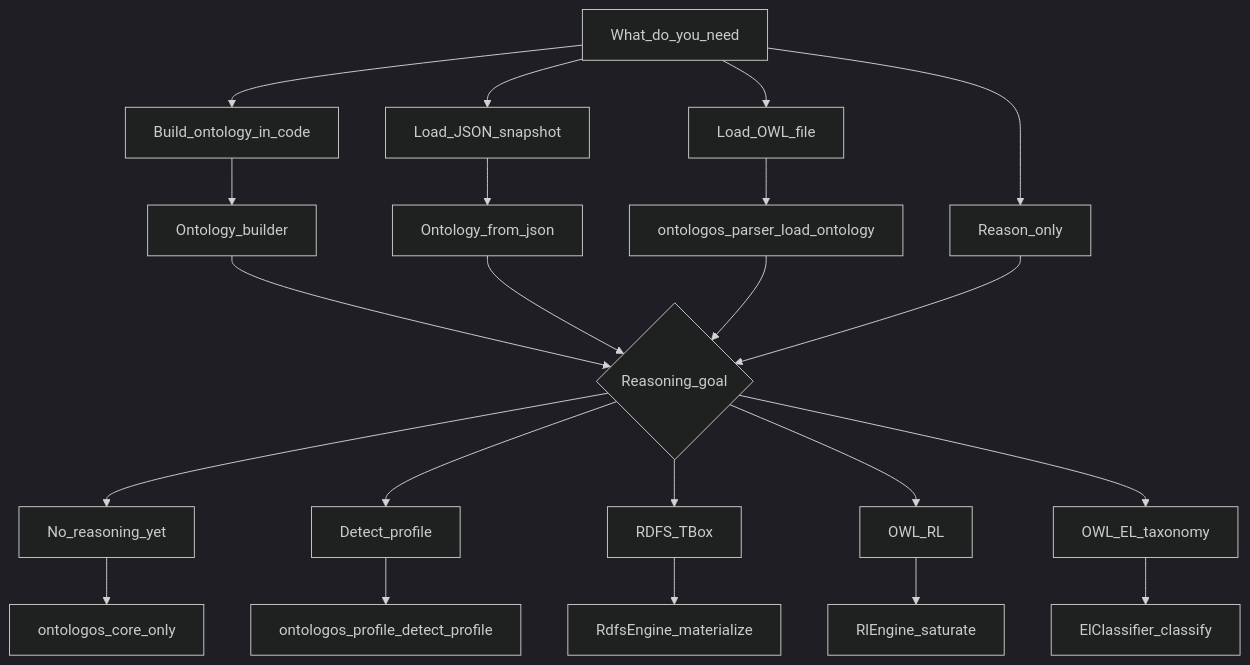
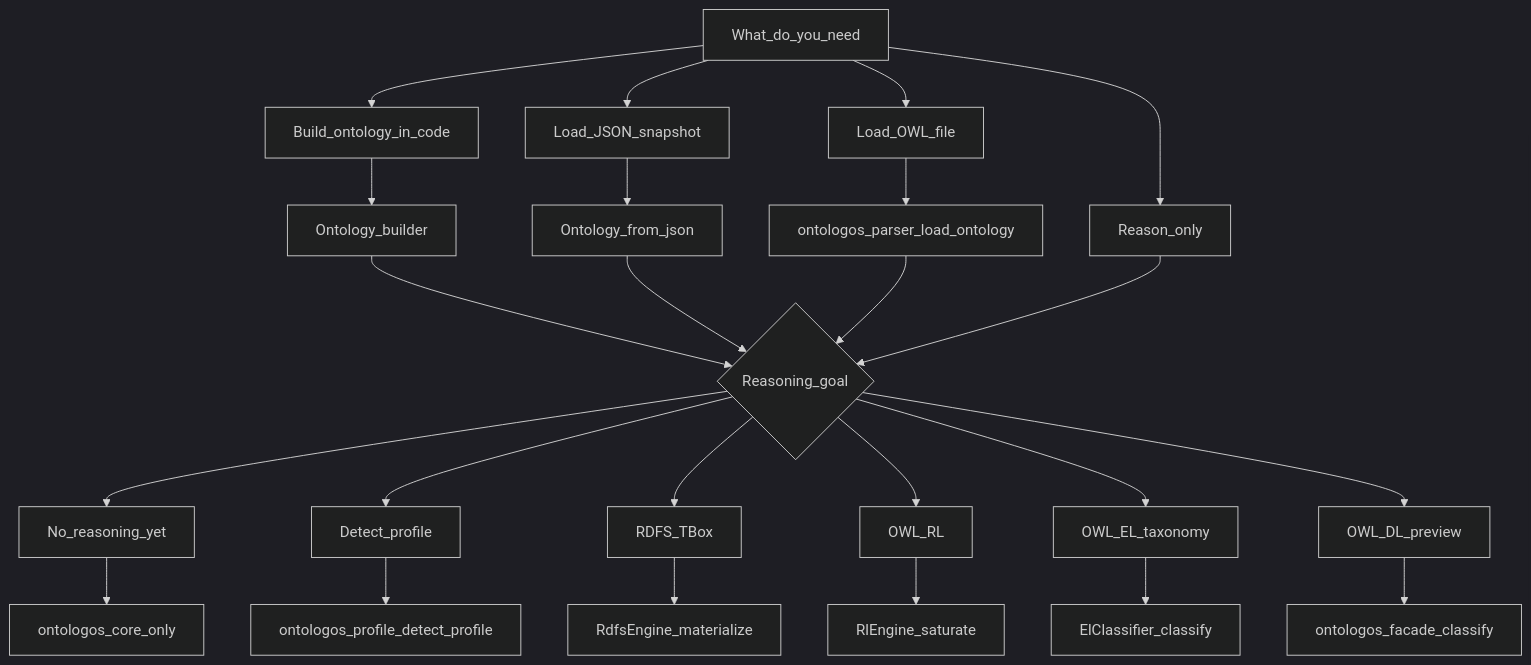
Before and after one commit to eddiethedean/ontologos: the diagram in docs/guides/choosing-an-api.md, drawn with Mermaid (dark theme). The commit also changed other lines of this file and 25 other files, not shown here.

First line of the commit message:
Sync docs with facade/DL preview routing and adoption readiness fixes.

````diff
--- a/docs/guides/choosing-an-api.md
+++ b/docs/guides/choosing-an-api.md
@@ -7,29 +7,31 @@
 ```mermaid
 flowchart TD
   start[What_do_you_need]
   start --> buildCode[Build_ontology_in_code]
   start --> loadFile[Load_OWL_file]
   start --> jsonSnap[Load_JSON_snapshot]
   start --> reasonOnly[Reason_only]
 
   buildCode --> builder[Ontology_builder]
   jsonSnap --> fromJson[Ontology_from_json]
   loadFile --> loadOnt[ontologos_parser_load_ontology]
 
   builder --> goal{Reasoning_goal}
   fromJson --> goal
   loadOnt --> goal
   reasonOnly --> goal
 
   goal --> none[No_reasoning_yet]
   goal --> profile[Detect_profile]
   goal --> rdfsGoal[RDFS_TBox]
   goal --> rlGoal[OWL_RL]
   goal --> elGoal[OWL_EL_taxonomy]
+  goal --> dlGoal[OWL_DL_preview]
 
   none --> coreOnly[ontologos_core_only]
   profile --> detect[ontologos_profile_detect_profile]
   rdfsGoal --> rdfsEng[RdfsEngine_materialize]
   rlGoal --> rlEng[RlEngine_saturate]
   elGoal --> elEng[ElClassifier_classify]
+  dlGoal --> facadeEng[ontologos_facade_classify]
 ```
````
